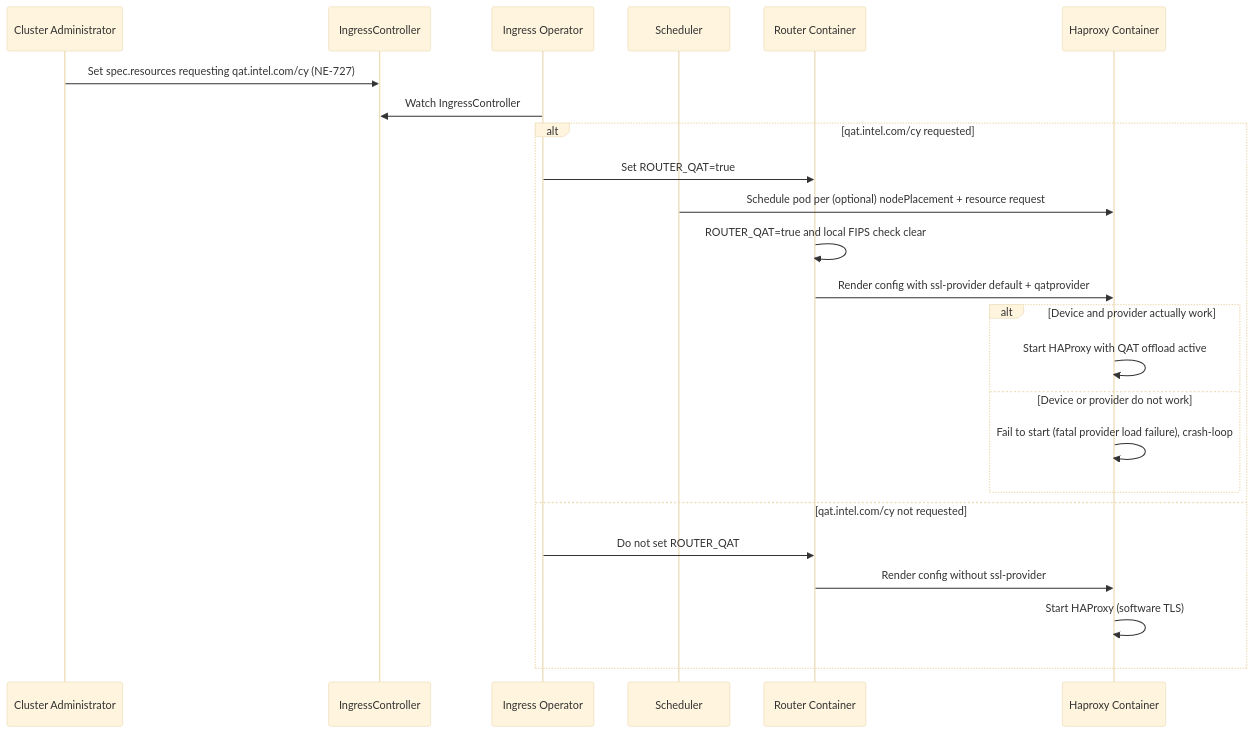
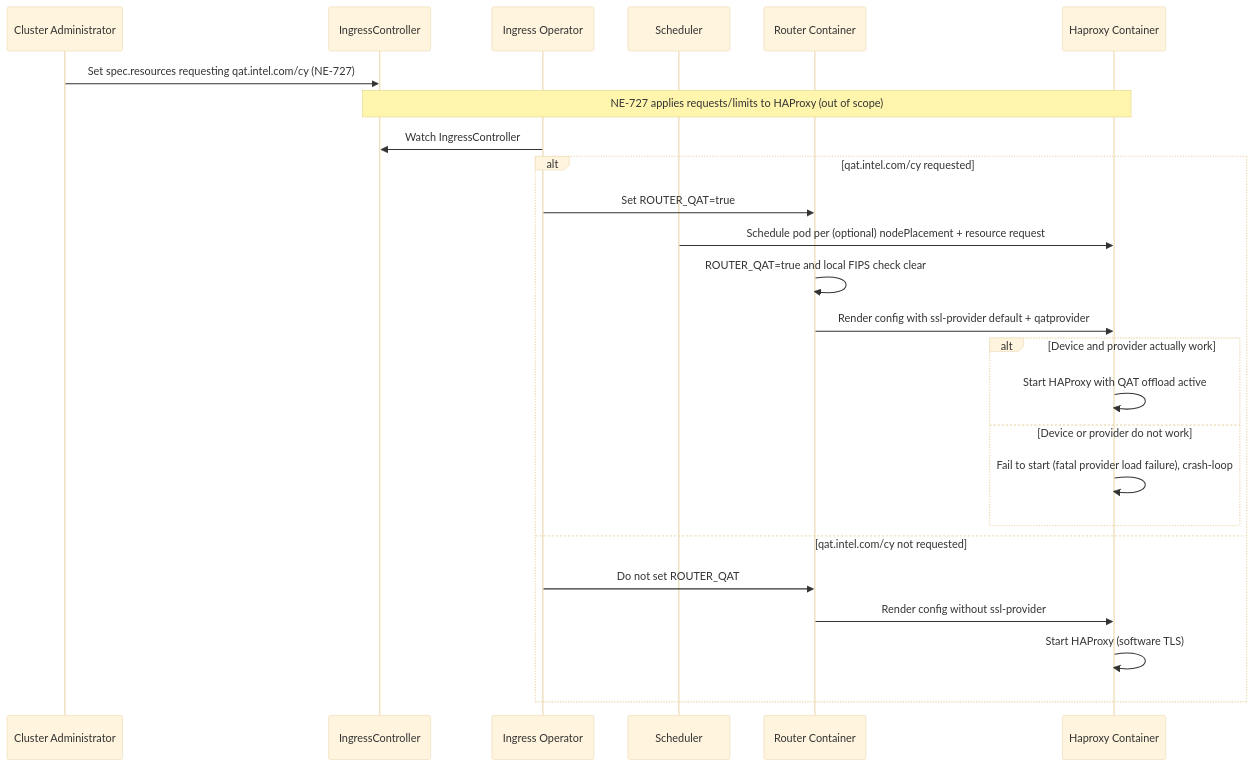
Before and after one commit to openshift/enhancements: the diagram in enhancements/ingress/qat-acceleration-for-ingress.md, drawn with Mermaid (base theme). The commit also changed other lines of this file, not shown here.

````diff
--- a/enhancements/ingress/qat-acceleration-for-ingress.md
+++ b/enhancements/ingress/qat-acceleration-for-ingress.md
@@ -327,27 +351,28 @@
 ```mermaid
 sequenceDiagram
     participant Admin as Cluster Administrator
     participant IC as IngressController
     participant Operator as Ingress Operator
     participant Sched as Scheduler
     participant Router as Router Container
     participant Haproxy as Haproxy Container
 
     Admin->>IC: Set spec.resources requesting qat.intel.com/cy (NE-727)
+    Note over IC,Haproxy: NE-727 applies requests/limits to HAProxy (out of scope)
     Operator->>IC: Watch IngressController
     alt qat.intel.com/cy requested
         Operator->>Router: Set ROUTER_QAT=true
         Sched->>Haproxy: Schedule pod per (optional) nodePlacement + resource request
         Router->>Router: ROUTER_QAT=true and local FIPS check clear
         Router->>Haproxy: Render config with ssl-provider default + qatprovider
         alt Device and provider actually work
             Haproxy->>Haproxy: Start HAProxy with QAT offload active
         else Device or provider do not work
             Haproxy->>Haproxy: Fail to start (fatal provider load failure), crash-loop
         end
     else qat.intel.com/cy not requested
         Operator->>Router: Do not set ROUTER_QAT
         Router->>Haproxy: Render config without ssl-provider
         Haproxy->>Haproxy: Start HAProxy (software TLS)
     end
 ```
````
